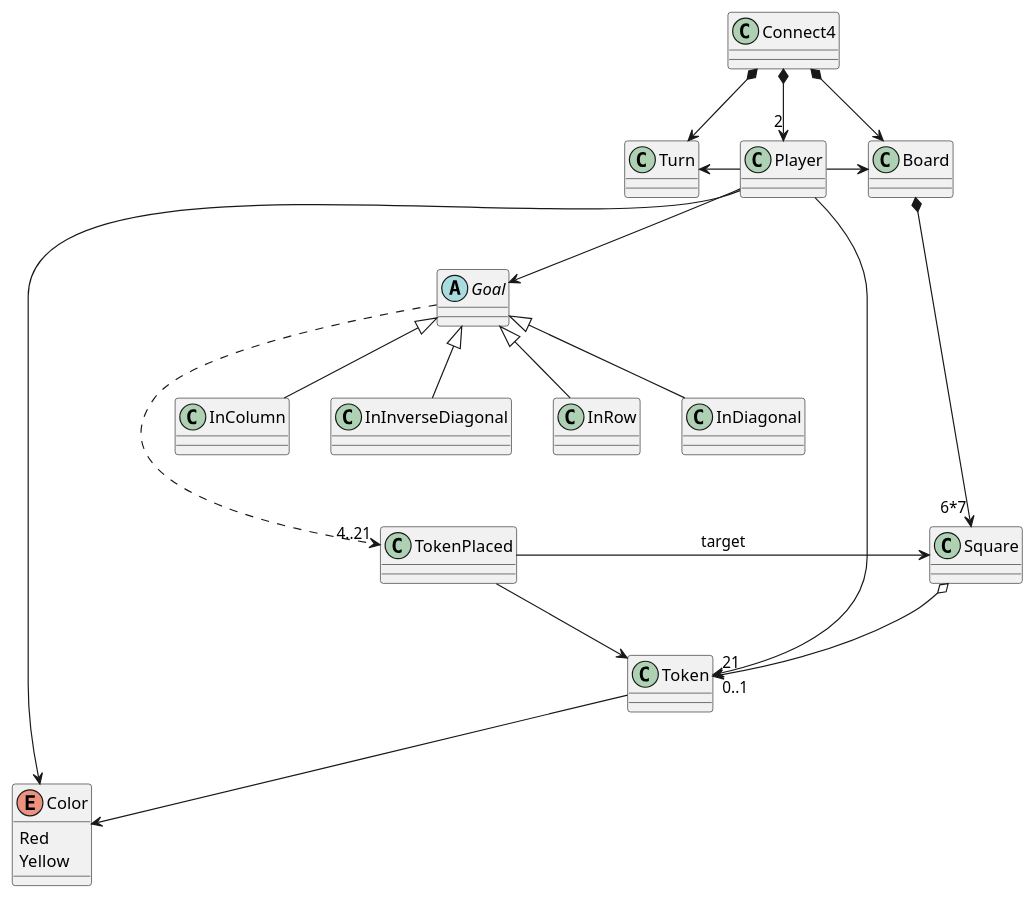
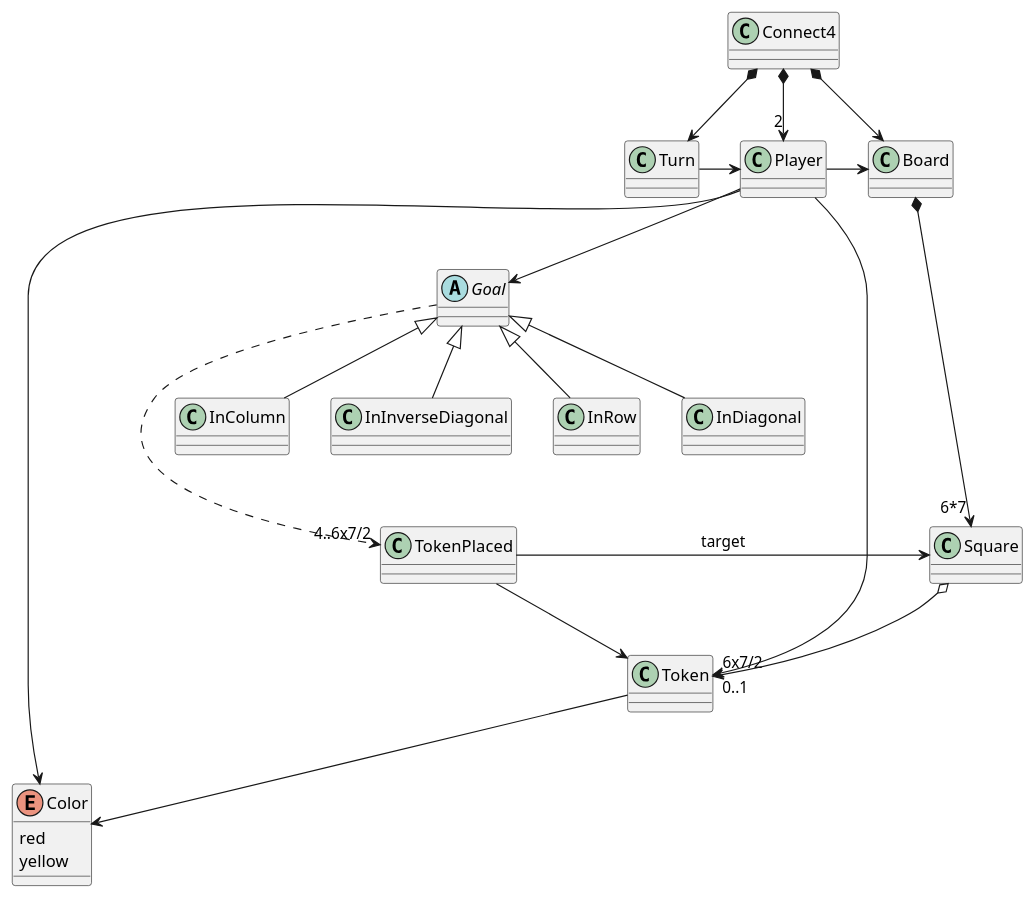
One commit to PabloMartinFluvia/IT-School changed the diagram in MPDS/Connect4/docs/src/domain model overview.plantuml. Above: the diagram before and after it, drawn with PlantUML. The commit also changed 14 other files, not shown here.

```diff
--- a/MPDS/Connect4/docs/src/domain model overview.plantuml
+++ b/MPDS/Connect4/docs/src/domain model overview.plantuml
@@ -1,63 +1,64 @@
 @startuml
 
 class Connect4
 'connect4 main classes:'
 class Player
 class Turn
 class Board
 class Token
 
 class Square
 
 'goals'
 abstract class Goal
 class InRow
 class InDiagonal
 class InColumn
 class InInverseDiagonal
 
 'events'
 class TokenPlaced
 
 'token & player color'
 enum Color{
-Red
-Yellow
+red
+yellow
 }
 
 'connect4 composites'
 Connect4 *-down-> "2" Player
 Connect4 *-down-> Turn
 Connect4 *-down-> Board
 
+'turn dependencies'
+Turn -right-> Player
 
 'player dependencies'
-Player -left-> Turn
 Player -right-> Board
 Player -down-> Goal
 Player -down-> Color
-Player -down-> "21" Token
+Player -down-> "6x7/2" Token
 
 'board dependencies'
 Board *-down-> "6*7" Square
 
 'token placed event dependencies'
 TokenPlaced -right->  Token
 TokenPlaced -right-> Square : target
 
 'goal dependencies'
-Goal .down.-> "4..21" TokenPlaced
+Goal .down.-> "4..6x7/2" TokenPlaced
 
 'square dependencies'
 Square o-down-> "0..1" Token
 
 'goal children'
 Goal <|-down- InRow
 Goal <|-down- InColumn
 Goal <|-down- InDiagonal
 Goal <|-down- InInverseDiagonal
 
 'token dependencies'
 Token -down-> Color
 
 @enduml
```
